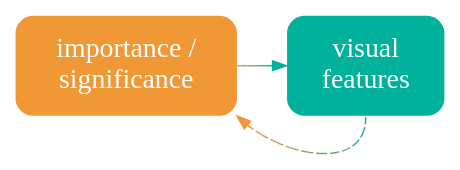
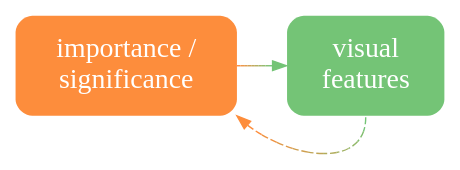
The diagram in Diagrams/imp-vis-decode.dot (pmur002/hdvw), drawn with Graphviz before and after one commit. The commit also changed 676 other files, not shown here.

```diff
--- a/Diagrams/imp-vis-decode.dot
+++ b/Diagrams/imp-vis-decode.dot
@@ -1,9 +1,9 @@
 digraph {
   graph [ rankdir=LR; margin=.2; nodesep=.5 ];
   node [ fontsize=20; fontname="sans bold"; margin=.2 ];
-  imp [ label="importance /\nsignificance"; shape=box; style="filled, rounded"; penwidth=0; fontcolor=white; fillcolor="#F09736" ]
+  imp [ label="importance /\nsignificance"; shape=box; style="filled, rounded"; penwidth=0; fontcolor=white; fillcolor="#FD8D3C" ]
   vis [ label="visual\nfeatures"; shape=box;
-     style="filled, rounded"; penwidth=0; fontcolor=white; fillcolor="#00B19B" ]
-  imp -> vis [ color="#F09736;0.1:#D59A41;0.1:#BB9D4C;0.1:#A0A058;0.1:#85A363;0.1:#6BA56E;0.1:#50A879;0.1:#35AB85;0.1:#1BAE90;0.1:#00B19B;0.1" ]
-  vis:s -> imp:se [ style="dashed", color="#00B19B;0.1:#1BAE90;0.1:#35AB85;0.1:#50A879;0.1:#6BA56E;0.1:#85A363;0.1:#A0A058;0.1:#BB9D4C;0.1:#D59A41;0.1:#F09736;0.1" ]
+     style="filled, rounded"; penwidth=0; fontcolor=white; fillcolor="#74C476" ]
+  imp -> vis [ color="#FD8D3C;0.1:#EE9342;0.1:#DF9949;0.1:#CF9F4F;0.1:#C0A556;0.1:#B1AC5C;0.1:#A2B263;0.1:#92B869;0.1:#83BE70;0.1:#74C476;0.1" ]
+  vis:s -> imp:se [ style="dashed", color="#74C476;0.1:#83BE70;0.1:#92B869;0.1:#A2B263;0.1:#B1AC5C;0.1:#C0A556;0.1:#CF9F4F;0.1:#DF9949;0.1:#EE9342;0.1:#FD8D3C;0.1" ]
 }
```
